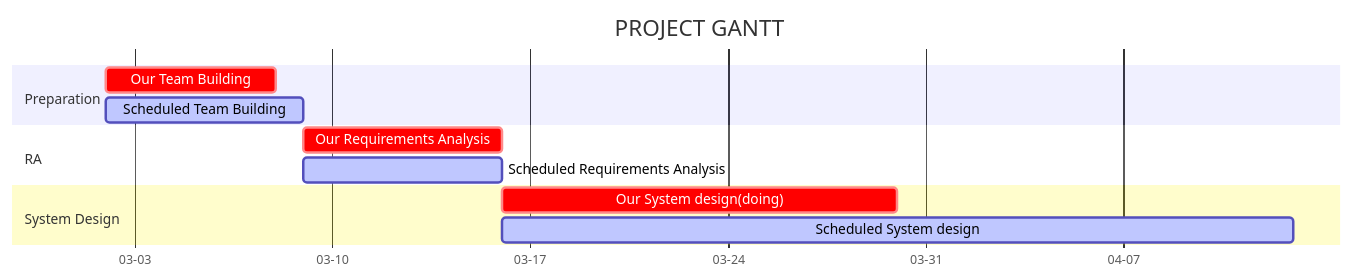
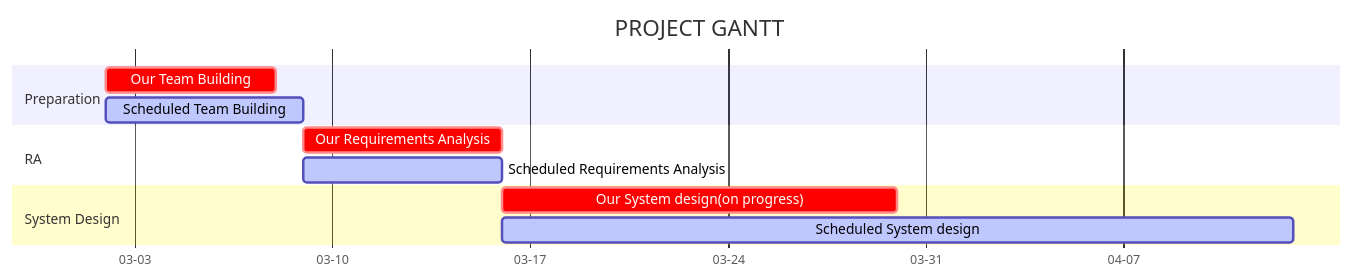
The diagram in CALENDER.md (zkc3783/dream-share-discover), drawn with Mermaid before and after one commit.

````diff
--- a/CALENDER.md
+++ b/CALENDER.md
@@ -9,15 +9,15 @@
 ```mermaid
 gantt
 dateFormat MM-DD
 axisFormat %m-%d
 title PROJECT GANTT
 section Preparation
 Our Team Building: crit, a1, 03-02, 6d
 Scheduled Team Building: active, a3, 03-02, 7d
 section RA
 Our Requirements Analysis: crit, 03-09 , 7d
 Scheduled Requirements Analysis: active, 03-09, 7d
 section System Design
-Our System design(doing): crit, 03-16, 14d
+Our System design(on progress): crit, 03-16, 14d
 Scheduled System design: active, 03-16, 28d
 ```
````
